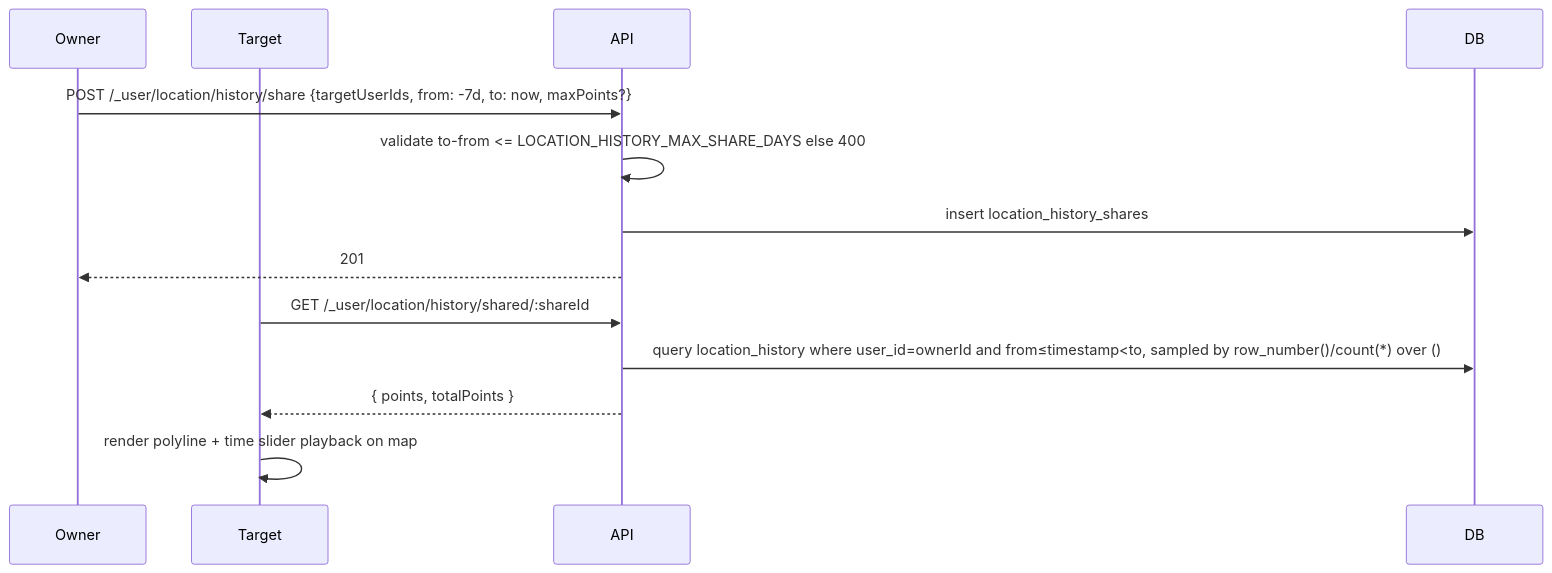
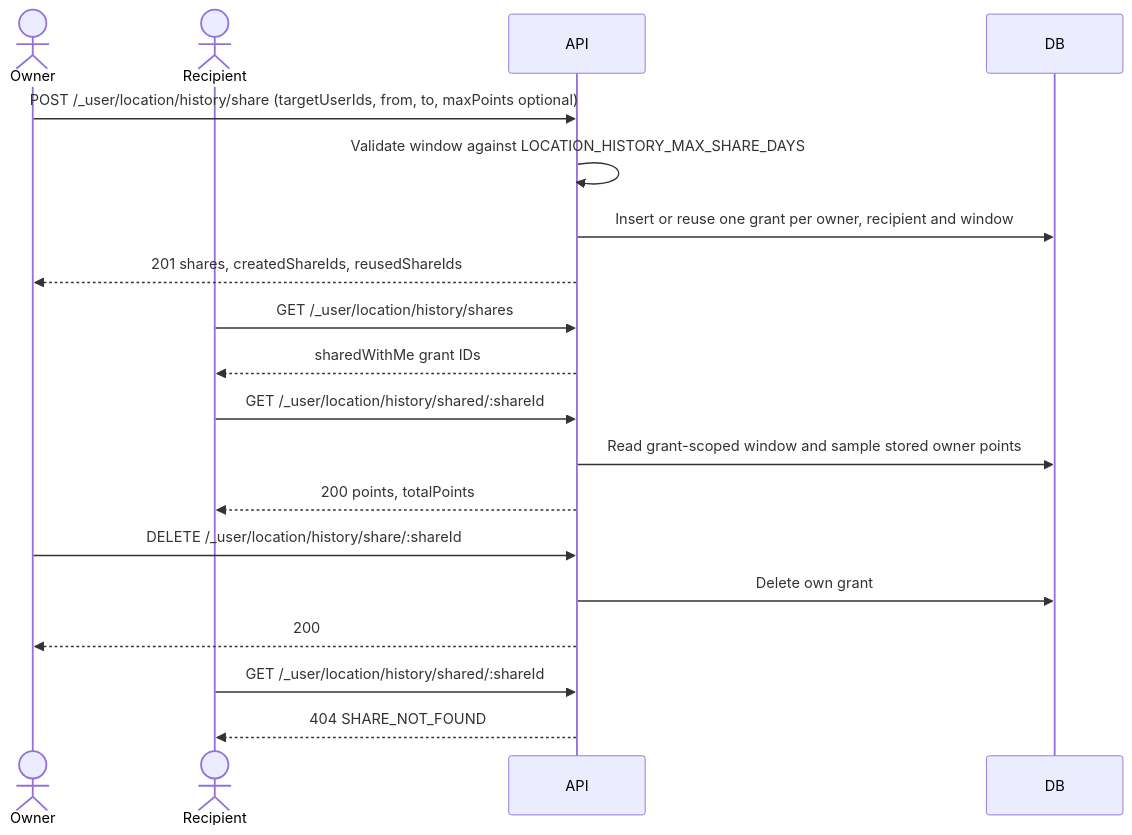
Before and after one commit to komeilm76/borobiya: the second of 5 diagrams in docs/DIAGRAMS/LOCATION_SEQUENCE.md, drawn with Mermaid. The commit also changed other lines of this file and 2 other files, not shown here.

Commit message:
Review rendered location sharing diagrams against live contracts

````diff
--- a/docs/DIAGRAMS/LOCATION_SEQUENCE.md
+++ b/docs/DIAGRAMS/LOCATION_SEQUENCE.md
@@ -38,16 +40,21 @@
 ```mermaid
 sequenceDiagram
-  participant Owner
-  participant Target
+  actor Owner
+  actor Recipient
   participant API
   participant DB
-
-  Owner->>API: POST /_user/location/history/share {targetUserIds, from: -7d, to: now, maxPoints?}
-  API->>API: validate to-from <= LOCATION_HISTORY_MAX_SHARE_DAYS else 400
-  API->>DB: insert location_history_shares
-  API-->>Owner: 201
-  Target->>API: GET /_user/location/history/shared/:shareId
-  API->>DB: query location_history where user_id=ownerId and from≤timestamp<to, sampled by row_number()/count(*) over ()
-  API-->>Target: { points, totalPoints }
-  Target->>Target: render polyline + time slider playback on map
+  Owner->>API: POST /_user/location/history/share (targetUserIds, from, to, maxPoints optional)
+  API->>API: Validate window against LOCATION_HISTORY_MAX_SHARE_DAYS
+  API->>DB: Insert or reuse one grant per owner, recipient and window
+  API-->>Owner: 201 shares, createdShareIds, reusedShareIds
+  Recipient->>API: GET /_user/location/history/shares
+  API-->>Recipient: sharedWithMe grant IDs
+  Recipient->>API: GET /_user/location/history/shared/:shareId
+  API->>DB: Read grant-scoped window and sample stored owner points
+  API-->>Recipient: 200 points, totalPoints
+  Owner->>API: DELETE /_user/location/history/share/:shareId
+  API->>DB: Delete own grant
+  API-->>Owner: 200
+  Recipient->>API: GET /_user/location/history/shared/:shareId
+  API-->>Recipient: 404 SHARE_NOT_FOUND
 ```
````
